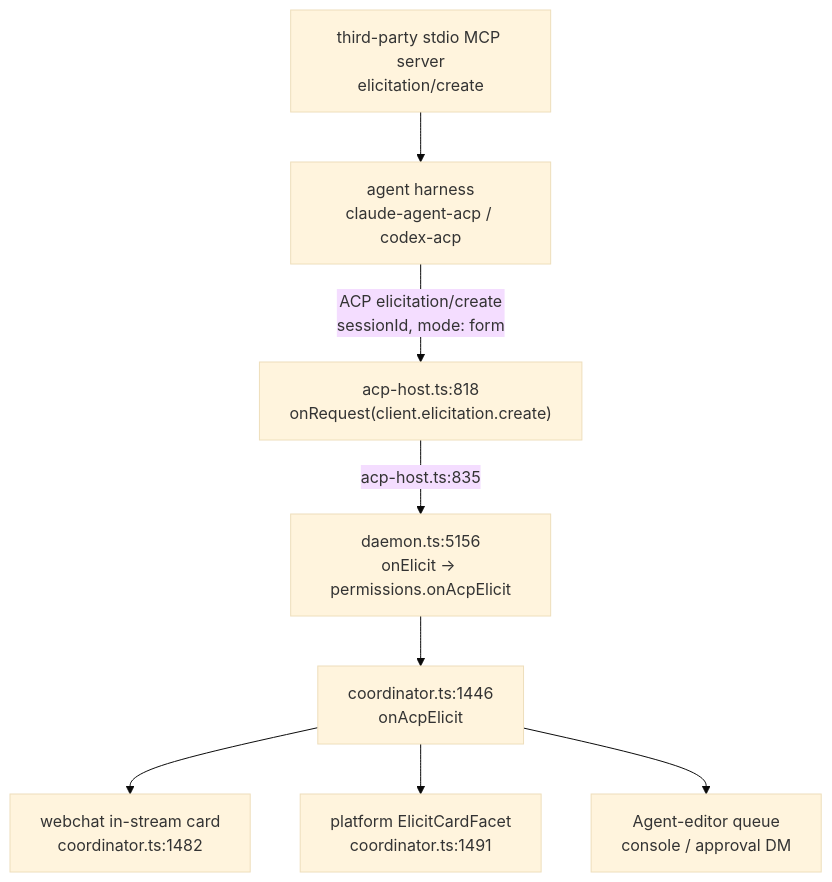
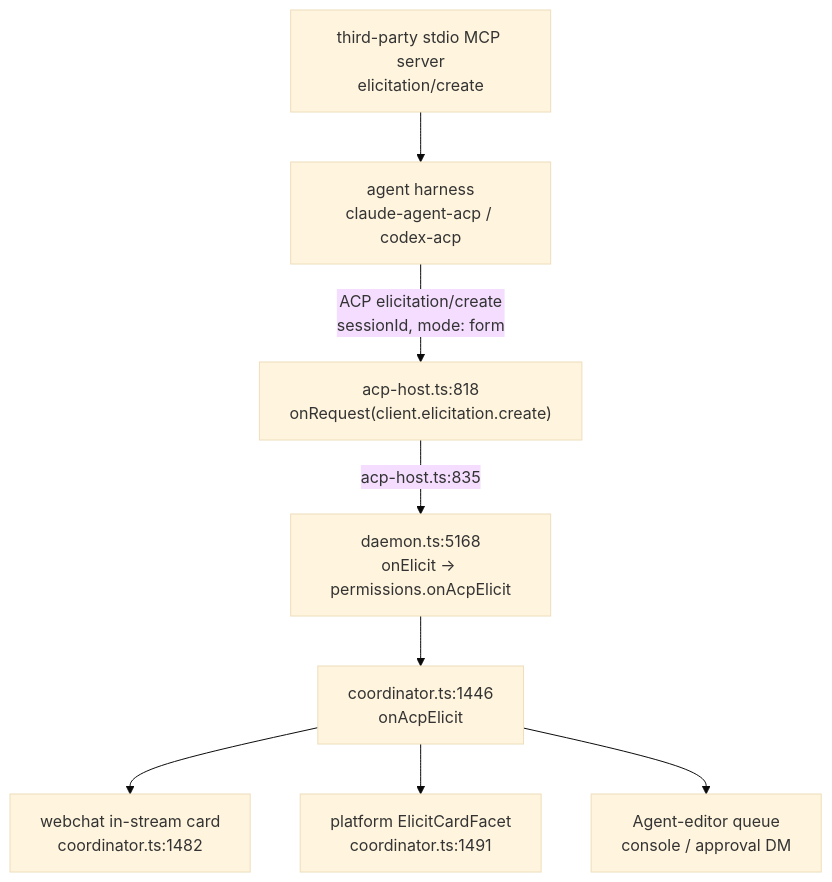
Before and after one commit to agentconnect-md/agentconnect: the diagram in docs/designs/mcp-elicitation.md, drawn with Mermaid (base theme). The commit also changed other lines of this file and 1 other file, not shown here.

````diff
--- a/docs/designs/mcp-elicitation.md
+++ b/docs/designs/mcp-elicitation.md
@@ -191,10 +219,10 @@
 ```mermaid
 flowchart TD
   S["third-party stdio MCP server<br/>elicitation/create"] --> H["agent harness<br/>claude-agent-acp / codex-acp"]
   H -->|"ACP elicitation/create<br/>sessionId, mode: form"| A["acp-host.ts:818<br/>onRequest(client.elicitation.create)"]
-  A -->|"acp-host.ts:835"| D["daemon.ts:5156<br/>onElicit → permissions.onAcpElicit"]
+  A -->|"acp-host.ts:835"| D["daemon.ts:5168<br/>onElicit → permissions.onAcpElicit"]
   D --> C["coordinator.ts:1446<br/>onAcpElicit"]
   C --> W["webchat in-stream card<br/>coordinator.ts:1482"]
   C --> P["platform ElicitCardFacet<br/>coordinator.ts:1491"]
   C --> E["Agent-editor queue<br/>console / approval DM"]
 ```
````
